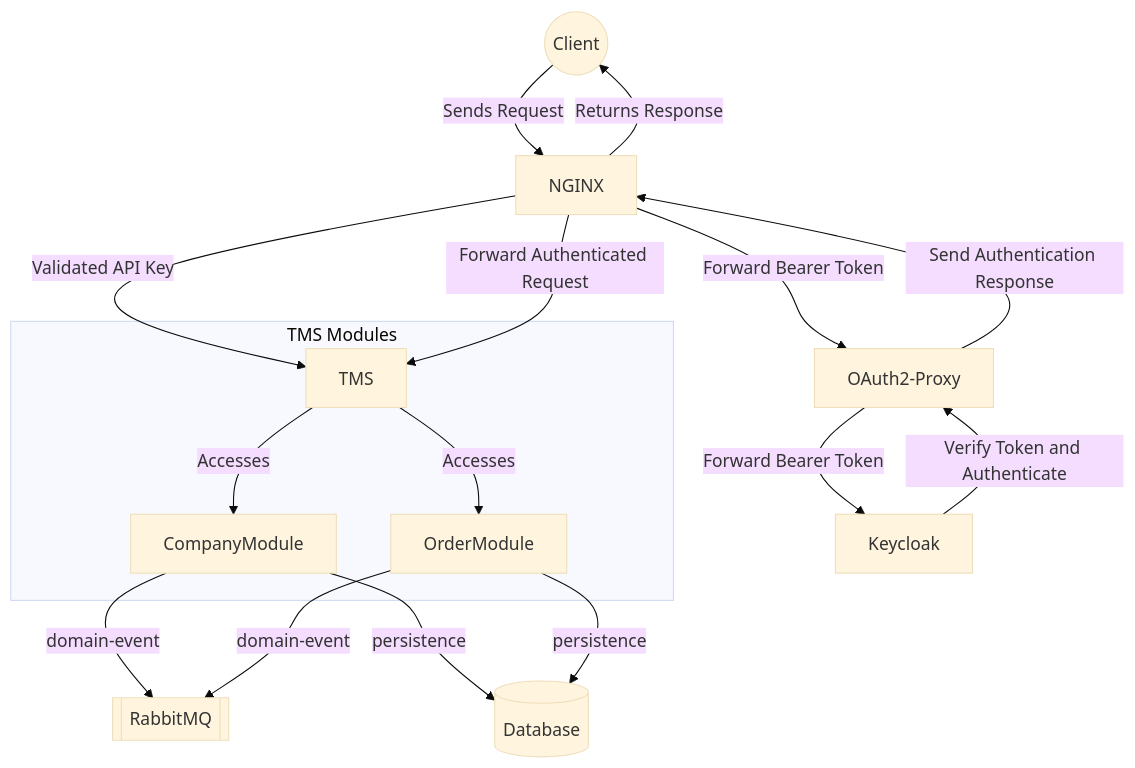
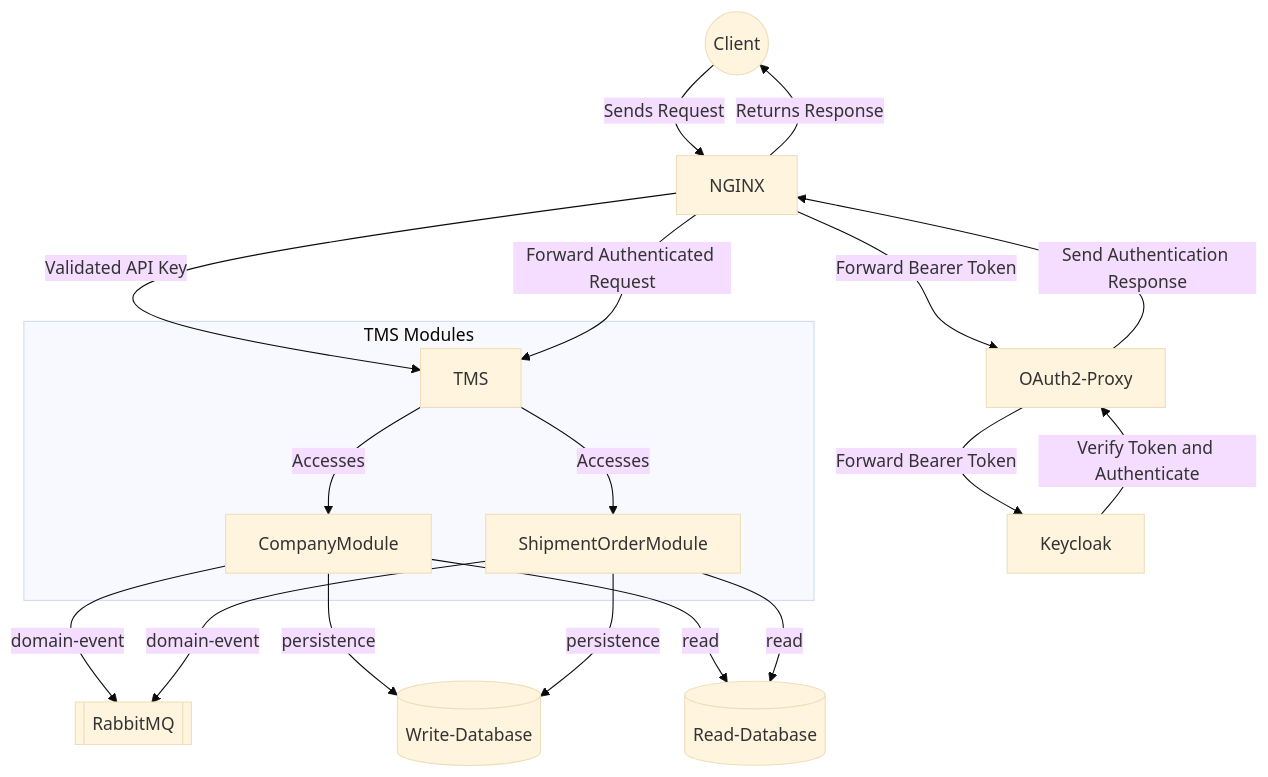
Before and after one commit to lmmoreira/tms: the diagram in README.md, drawn with Mermaid (base theme). The commit also changed other lines of this file and 20 other files, not shown here.

````diff
--- a/README.md
+++ b/README.md
@@ -12,26 +19,29 @@
 ```mermaid
 graph TD
     Client((Client))
-    PostgreSQL[(Database)]
+    PostgreSQLW[(Write-Database)]
+    PostgreSQLR[(Read-Database)]
     RabbitMQ[[RabbitMQ]]
     
     Client -->|Sends Request| NGINX
     NGINX -->|Validated API Key| TMS
     NGINX -->|Returns Response| Client
 
     NGINX -->|Forward Bearer Token| OAuth2-Proxy
     OAuth2-Proxy -->|Forward Bearer Token| Keycloak
     Keycloak -->|Verify Token and Authenticate| OAuth2-Proxy
     OAuth2-Proxy -->|Send Authentication Response| NGINX
     NGINX -->|Forward Authenticated Request| TMS
     
     subgraph "TMS Modules"
         TMS -->|Accesses| CompanyModule
-        TMS -->|Accesses| OrderModule
+        TMS -->|Accesses| ShipmentOrderModule
     end
 
     CompanyModule -->|domain-event| RabbitMQ
-    OrderModule -->|domain-event| RabbitMQ
-    CompanyModule -->|persistence| PostgreSQL
-    OrderModule -->|persistence| PostgreSQL
+    ShipmentOrderModule -->|domain-event| RabbitMQ
+    CompanyModule -->|persistence| PostgreSQLW
+    ShipmentOrderModule -->|persistence| PostgreSQLW
+    CompanyModule -->|read| PostgreSQLR
+    ShipmentOrderModule -->|read| PostgreSQLR
 ```
````
